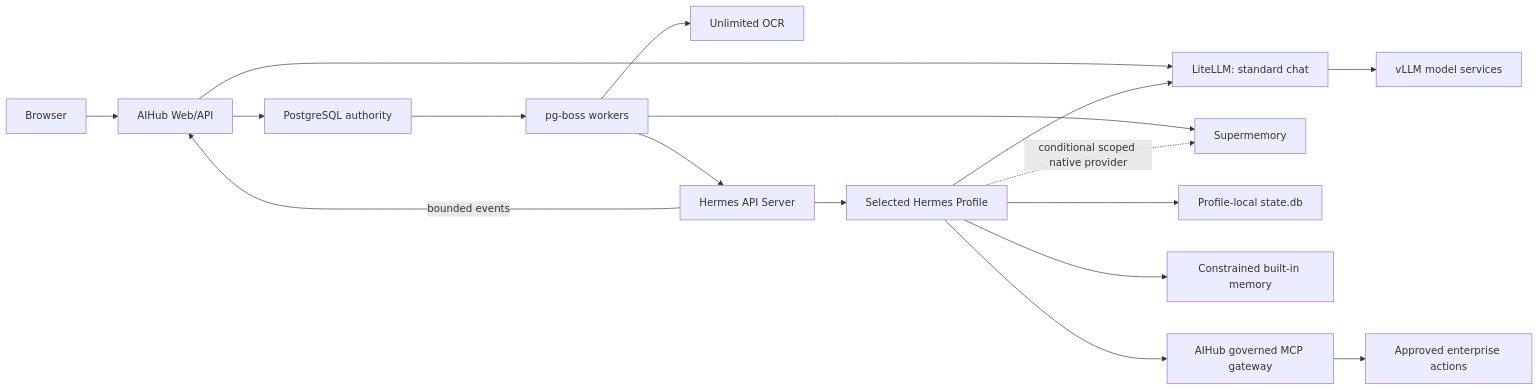
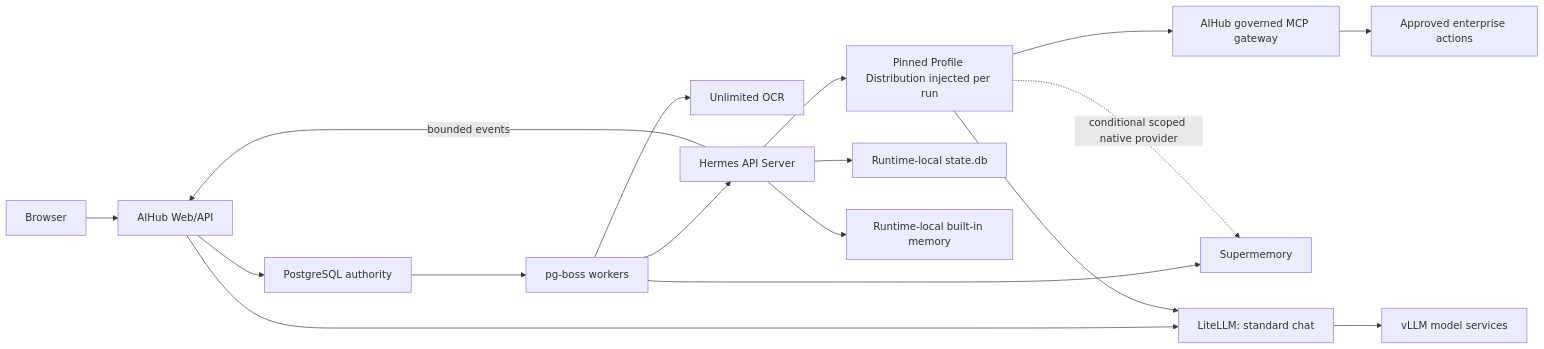
Before and after one commit to multichainerz/AI: the diagram in docs/PHASE_9_COHESION_ARCHITECTURE_ONBOARDING_PLAN.md, drawn with Mermaid. The commit also changed other lines of this file and 26 other files, not shown here.

````diff
--- a/docs/PHASE_9_COHESION_ARCHITECTURE_ONBOARDING_PLAN.md
+++ b/docs/PHASE_9_COHESION_ARCHITECTURE_ONBOARDING_PLAN.md
@@ -135,21 +135,21 @@
 ```mermaid
 flowchart LR
     Browser["Browser"] --> Web["AIHub Web/API"]
     Web --> PG["PostgreSQL authority"]
     PG --> Jobs["pg-boss workers"]
 
     Web --> Lite["LiteLLM: standard chat"]
     Jobs --> OCR["Unlimited OCR"]
     Jobs --> SM["Supermemory"]
     Jobs --> Hermes["Hermes API Server"]
 
-    Hermes --> Profile["Selected Hermes Profile"]
-    Profile --> State["Profile-local state.db"]
-    Profile --> LocalMemory["Constrained built-in memory"]
-    Profile --> Lite
+    Hermes --> Distribution["Pinned Profile Distribution injected per run"]
+    Hermes --> State["Runtime-local state.db"]
+    Hermes --> LocalMemory["Runtime-local built-in memory"]
+    Distribution --> Lite
     Lite --> VLLM["vLLM model services"]
-    Profile --> MCP["AIHub governed MCP gateway"]
+    Distribution --> MCP["AIHub governed MCP gateway"]
     MCP --> Allowed["Approved enterprise actions"]
-    Profile -. "conditional scoped native provider" .-> SM
+    Distribution -. "conditional scoped native provider" .-> SM
     Hermes -- "bounded events" --> Web
 ```
````
